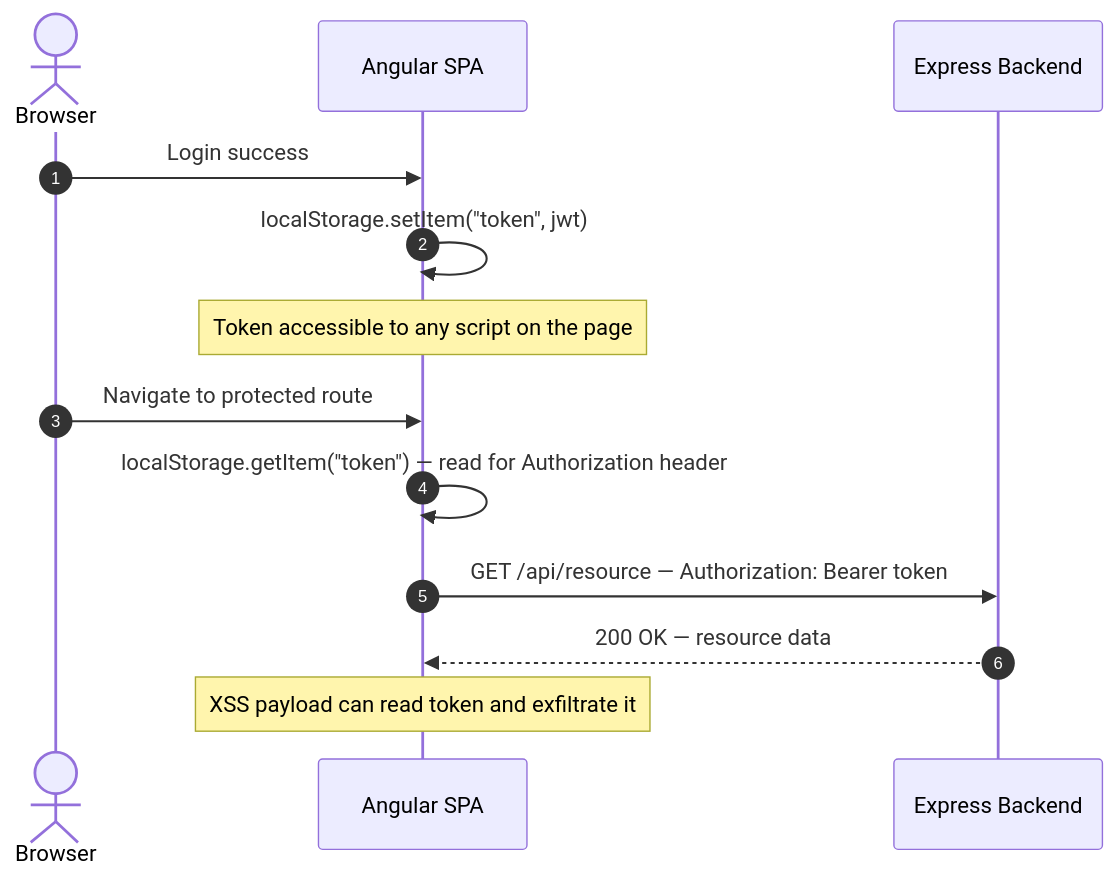
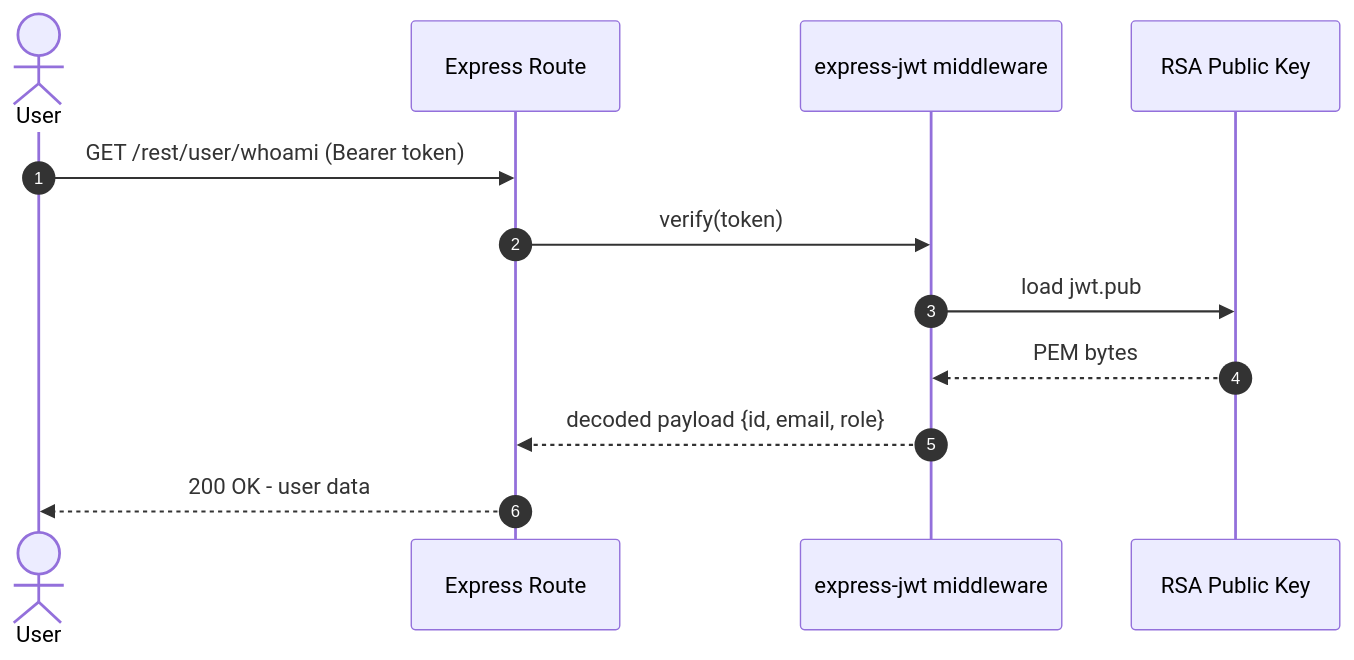
One commit to appsec-foundry/appsec-advisor changed diagram 19 of 19 in examples/threat-modeler/threat-model-juice-shop-standard.md. Above: the diagram before and after it, drawn with Mermaid. The commit also changed other lines of this file and 4 other files, not shown here.

````diff
--- a/examples/threat-modeler/threat-model-juice-shop-standard.md
+++ b/examples/threat-modeler/threat-model-juice-shop-standard.md
@@ -913,16 +986,15 @@
 ```mermaid
 sequenceDiagram
     autonumber
-    actor Browser
-    participant SPA as Angular SPA
-    participant App as Express Backend
+    actor User
+    participant API as Express Route
+    participant MW as express-jwt middleware
+    participant Key as RSA Public Key
 
-    Browser->>SPA: Login success
-    SPA->>SPA: localStorage.setItem("token", jwt)
-    Note over SPA: Token accessible to any script on the page
-    Browser->>SPA: Navigate to protected route
-    SPA->>SPA: localStorage.getItem("token") — read for Authorization header
-    SPA->>App: GET /api/resource — Authorization: Bearer token
-    App-->>SPA: 200 OK — resource data
-    Note over SPA: XSS payload can read token and exfiltrate it
+    User->>API: GET /rest/user/whoami (Bearer token)
+    API->>MW: verify(token)
+    MW->>Key: load jwt.pub
+    Key-->>MW: PEM bytes
+    MW-->>API: decoded payload {id, email, role}
+    API-->>User: 200 OK - user data
 ```
````
